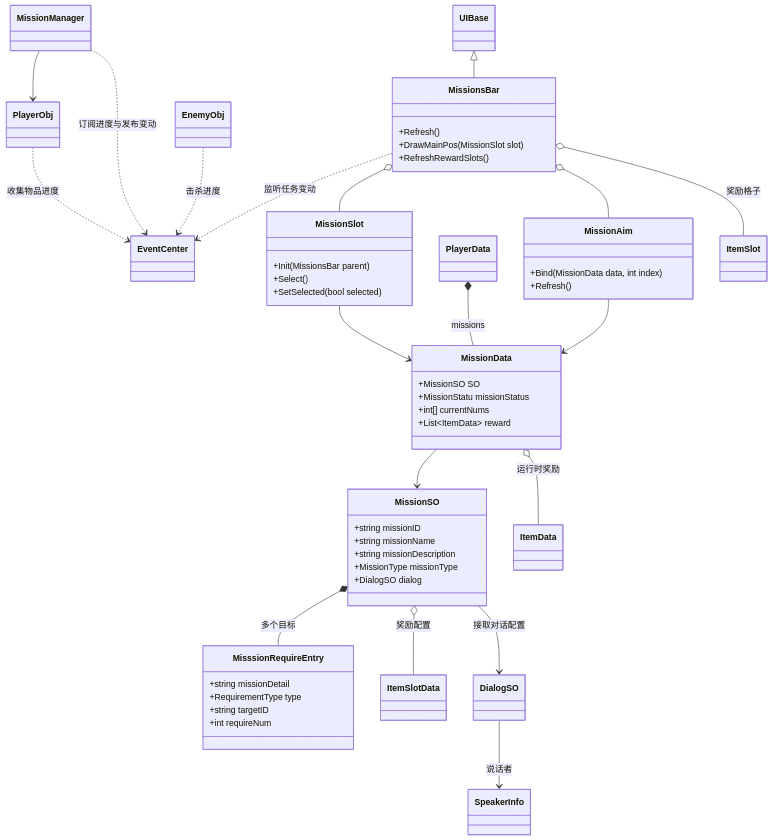
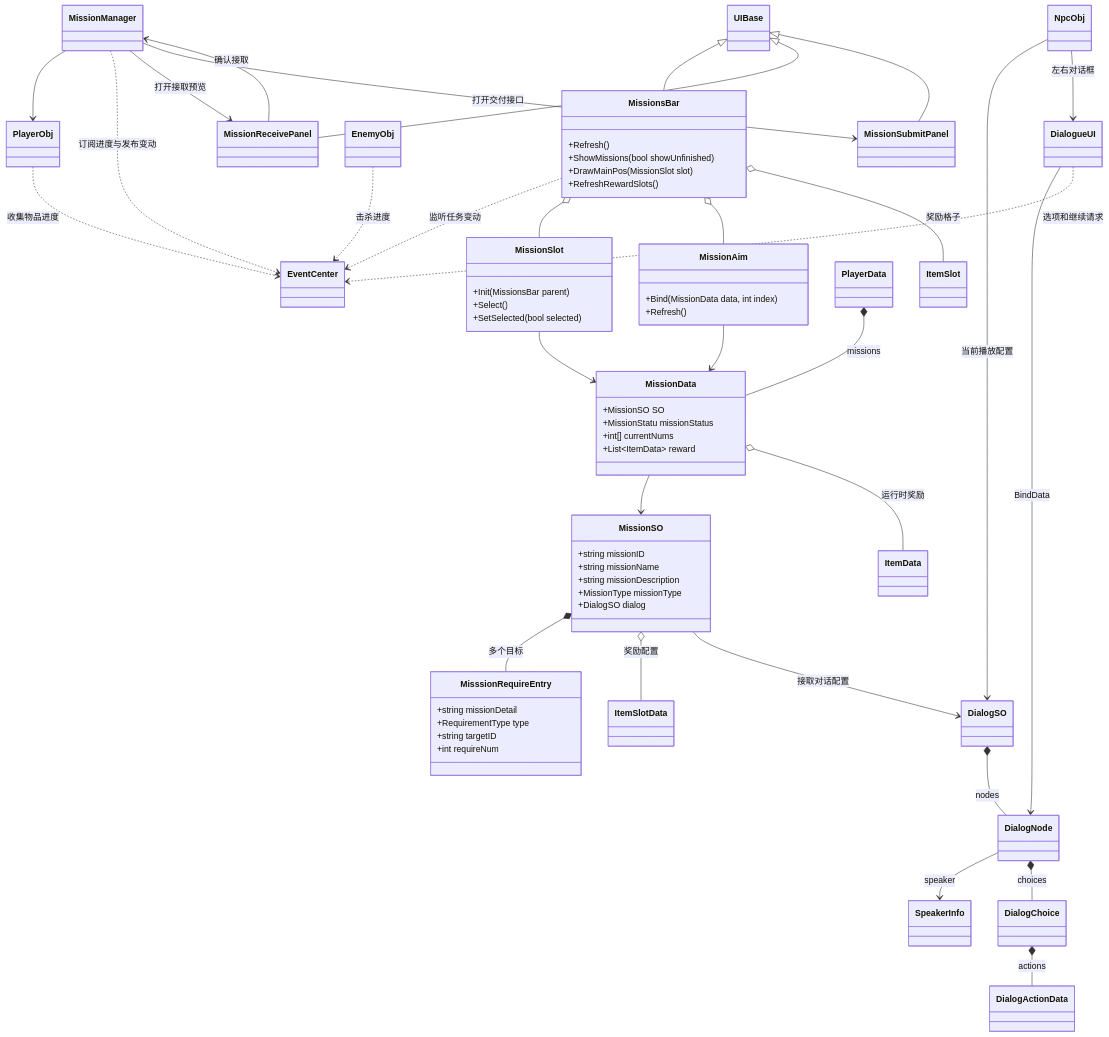
Before and after one commit to lphahapl/ShimmeringChronicle: the third of 4 diagrams in README.md, drawn with Mermaid. The commit also changed other lines of this file and 241 other files, not shown here.

````diff
--- a/README.md
+++ b/README.md
@@ -212,54 +239,67 @@
 ```mermaid
 classDiagram
     class MissionSO {
         +string missionID
         +string missionName
         +string missionDescription
         +MissionType missionType
         +DialogSO dialog
     }
     class MisssionRequireEntry {
         +string missionDetail
         +RequirementType type
         +string targetID
         +int requireNum
     }
     class MissionData {
         +MissionSO SO
         +MissionStatu missionStatus
         +int[] currentNums
         +List~ItemData~ reward
     }
     class MissionsBar {
         +Refresh()
+        +ShowMissions(bool showUnfinished)
         +DrawMainPos(MissionSlot slot)
         +RefreshRewardSlots()
     }
     class MissionSlot {
         +Init(MissionsBar parent)
         +Select()
         +SetSelected(bool selected)
     }
     class MissionAim {
         +Bind(MissionData data, int index)
         +Refresh()
     }
     MissionSO *-- MisssionRequireEntry : 多个目标
     MissionSO o-- ItemSlotData : 奖励配置
     MissionSO --> DialogSO : 接取对话配置
-    DialogSO --> SpeakerInfo : 说话者
+    DialogSO *-- DialogNode : nodes
+    DialogNode --> SpeakerInfo : speaker
+    DialogNode *-- DialogChoice : choices
+    DialogChoice *-- DialogActionData : actions
+    NpcObj --> DialogSO : 当前播放配置
+    NpcObj --> DialogueUI : 左右对话框
+    DialogueUI --> DialogNode : BindData
+    DialogueUI ..> EventCenter : 选项和继续请求
     MissionData --> MissionSO
     MissionData o-- ItemData : 运行时奖励
     PlayerData *-- MissionData : missions
     MissionManager --> PlayerObj
     MissionManager ..> EventCenter : 订阅进度与发布变动
     PlayerObj ..> EventCenter : 收集物品进度
     EnemyObj ..> EventCenter : 击杀进度
     UIBase <|-- MissionsBar
+    UIBase <|-- MissionReceivePanel
+    UIBase <|-- MissionSubmitPanel
+    MissionManager --> MissionReceivePanel : 打开接取预览
+    MissionReceivePanel --> MissionManager : 确认接取
+    MissionManager --> MissionSubmitPanel : 打开交付接口
     MissionsBar ..> EventCenter : 监听任务变动
     MissionsBar o-- MissionSlot
     MissionsBar o-- MissionAim
     MissionsBar o-- ItemSlot : 奖励格子
     MissionSlot --> MissionData
     MissionAim --> MissionData
 ```
````
